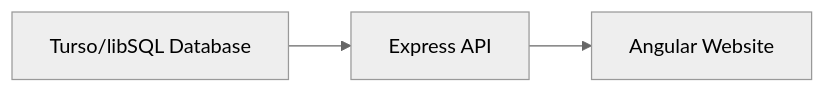
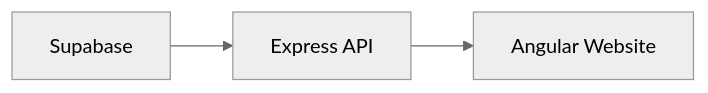
Before and after one commit to anthonyturner/rivals-pulse-web: the first of 8 diagrams in docs/content-data-flow.md, drawn with Mermaid (neutral theme). The commit also changed other lines of this file and 44 other files, not shown here.

First line of the commit message:
chore(database): retire Turso

````diff
--- a/docs/content-data-flow.md
+++ b/docs/content-data-flow.md
@@ -9,5 +10,5 @@
 ```mermaid
 flowchart LR
-  Database["Turso/libSQL Database"] --> Api["Express API"]
+  Database["Supabase"] --> Api["Express API"]
   Api --> Angular["Angular Website"]
 ```
````
